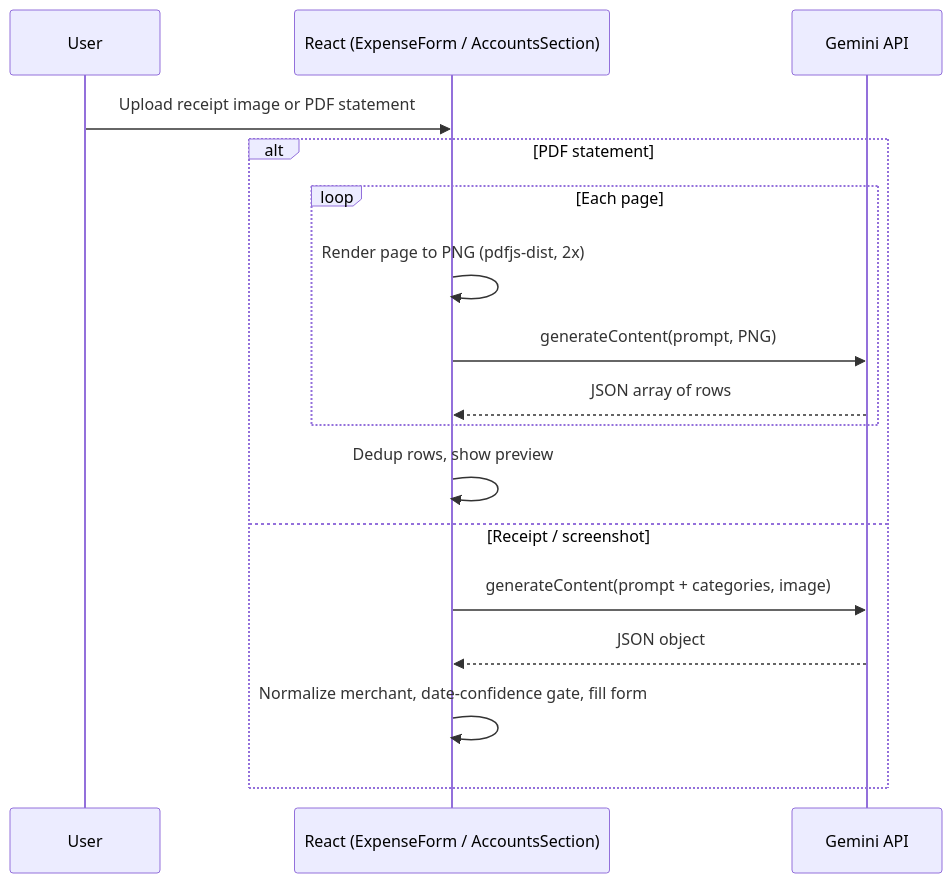
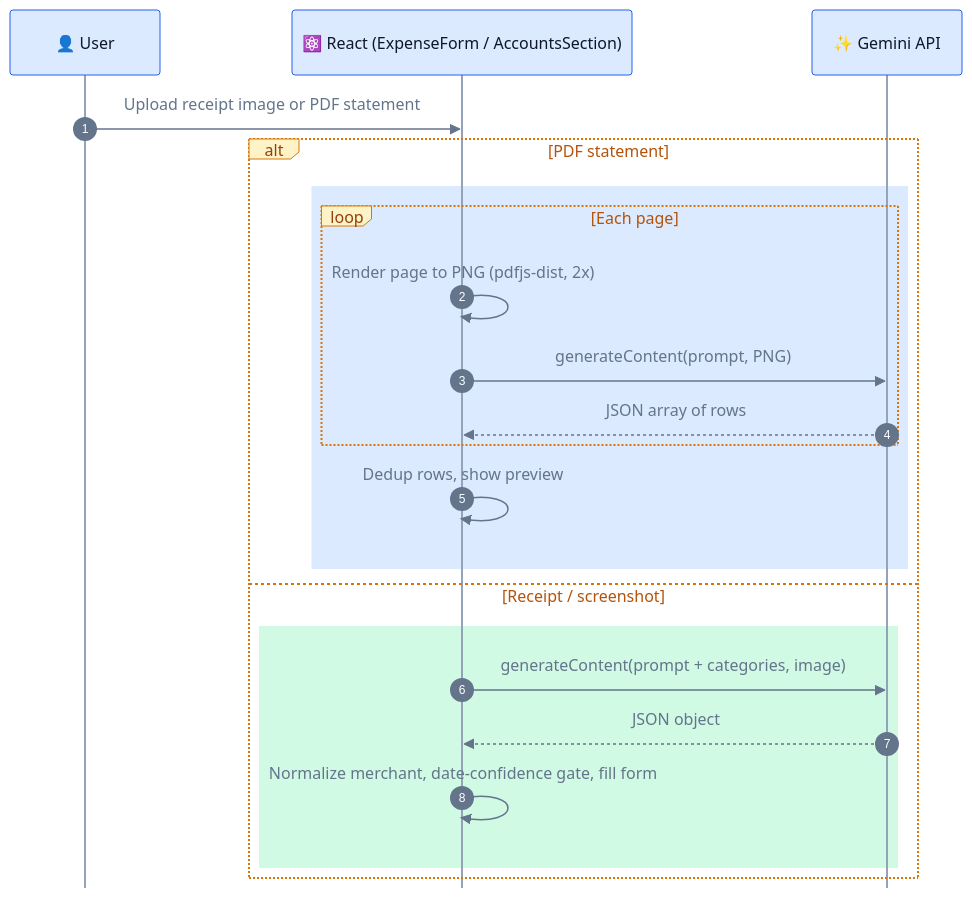
Before and after one commit to Adamya-Varshney/Pocket: the tenth of 10 diagrams in README.md, drawn with Mermaid. The commit also changed other lines of this file, not shown here.

First line of the commit message:
docs(readme): restyle diagrams with a bright, sharp visual theme (#4)

````diff
--- a/README.md
+++ b/README.md
@@ -341,19 +393,25 @@
 ```mermaid
+%%{init: {"theme":"base","themeVariables":{"fontFamily":"Inter, Segoe UI, Helvetica Neue, Arial, sans-serif","fontSize":"14px","actorBkg":"#DBEAFE","actorBorder":"#2563EB","actorTextColor":"#0F172A","actorLineColor":"#94A3B8","signalColor":"#64748B","signalTextColor":"#64748B","labelBoxBkgColor":"#FEF3C7","labelBoxBorderColor":"#D97706","labelTextColor":"#92400E","loopTextColor":"#B45309","noteBkgColor":"#FEF3C7","noteBorderColor":"#D97706","noteTextColor":"#0F172A","activationBkgColor":"#EDE9FE","activationBorderColor":"#7C3AED","sequenceNumberColor":"#FFFFFF"},"sequence":{"mirrorActors":false,"actorMargin":60,"boxMargin":10,"messageAlign":"center"}}}%%
 sequenceDiagram
-    participant U as User
-    participant UI as React (ExpenseForm / AccountsSection)
-    participant G as Gemini API
+    autonumber
+    participant U as 👤 User
+    participant UI as ⚛️ React (ExpenseForm / AccountsSection)
+    participant G as ✨ Gemini API
     U->>UI: Upload receipt image or PDF statement
     alt PDF statement
+        rect rgb(219,234,254)
         loop Each page
             UI->>UI: Render page to PNG (pdfjs-dist, 2x)
             UI->>G: generateContent(prompt, PNG)
             G-->>UI: JSON array of rows
         end
         UI->>UI: Dedup rows, show preview
+        end
     else Receipt / screenshot
+        rect rgb(209,250,229)
         UI->>G: generateContent(prompt + categories, image)
         G-->>UI: JSON object
         UI->>UI: Normalize merchant, date-confidence gate, fill form
+        end
     end
 ```
````
